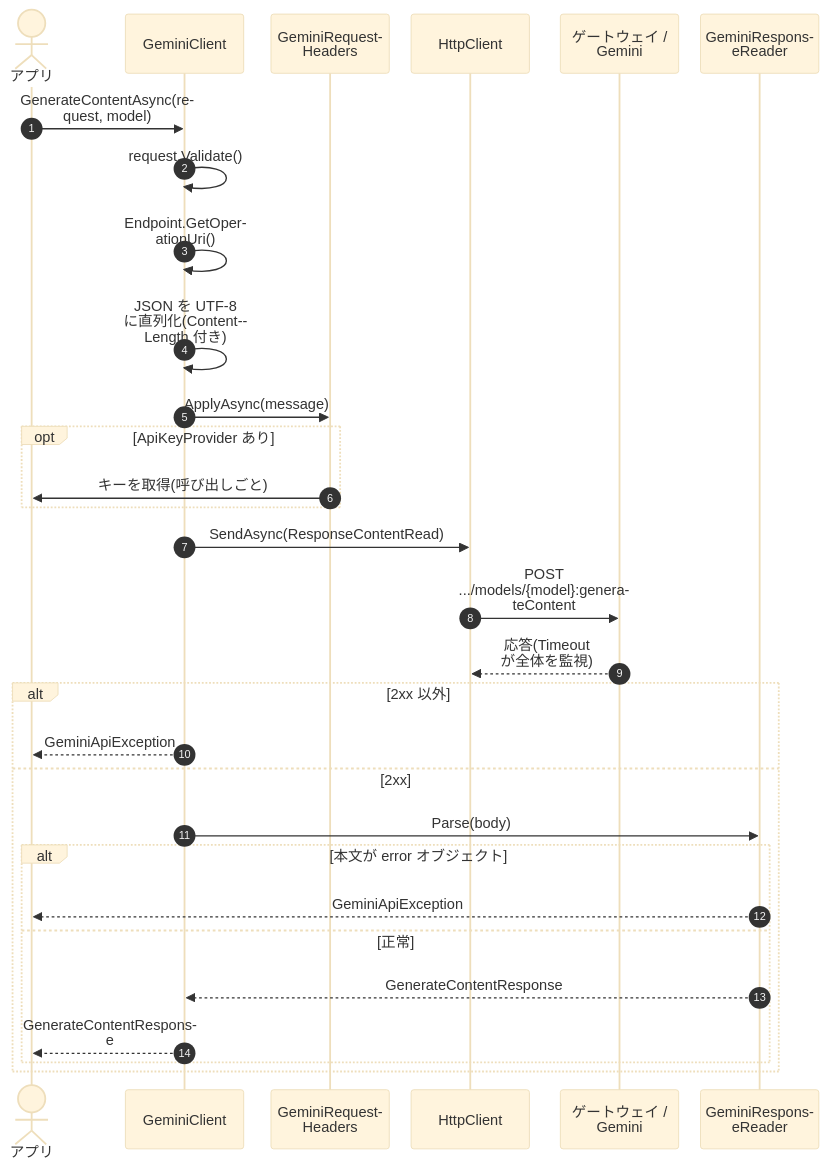
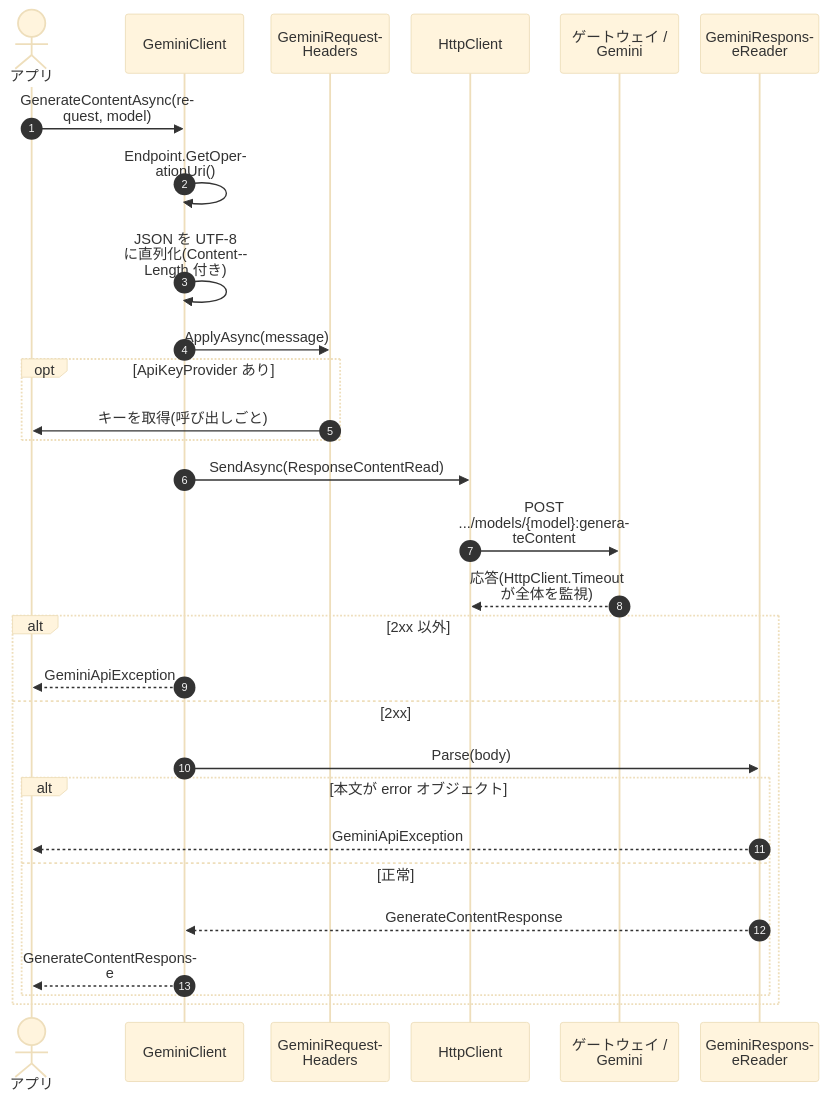
Before and after one commit to Osg-Junue/GeminiGatewayClient: the sixth of 15 diagrams in docs/ARCHITECTURE.md, drawn with Mermaid (base theme). The commit also changed other lines of this file and 73 other files, not shown here.

````diff
--- a/docs/ARCHITECTURE.md
+++ b/docs/ARCHITECTURE.md
@@ -364,34 +349,33 @@
 ```mermaid
 %%{init: {'sequence': {'wrap': true, 'actorMargin': 24, 'width': 130, 'messageMargin': 30}}}%%
 sequenceDiagram
     autonumber
     actor App as アプリ
     participant Client as GeminiClient
     participant Headers as GeminiRequestHeaders
     participant Http as HttpClient
     participant GW as ゲートウェイ / Gemini
     participant Reader as GeminiResponseReader
 
     App->>Client: GenerateContentAsync(request, model)
-    Client->>Client: request.Validate()
     Client->>Client: Endpoint.GetOperationUri()
     Client->>Client: JSON を UTF-8 に直列化(Content-Length 付き)
     Client->>Headers: ApplyAsync(message)
     opt ApiKeyProvider あり
         Headers->>App: キーを取得(呼び出しごと)
     end
     Client->>Http: SendAsync(ResponseContentRead)
     Http->>GW: POST .../models/{model}:generateContent
-    GW-->>Http: 応答(Timeout が全体を監視)
+    GW-->>Http: 応答(HttpClient.Timeout が全体を監視)
     alt 2xx 以外
         Client-->>App: GeminiApiException
     else 2xx
         Client->>Reader: Parse(body)
         alt 本文が error オブジェクト
             Reader-->>App: GeminiApiException
         else 正常
             Reader-->>Client: GenerateContentResponse
             Client-->>App: GenerateContentResponse
         end
     end
 ```
````
